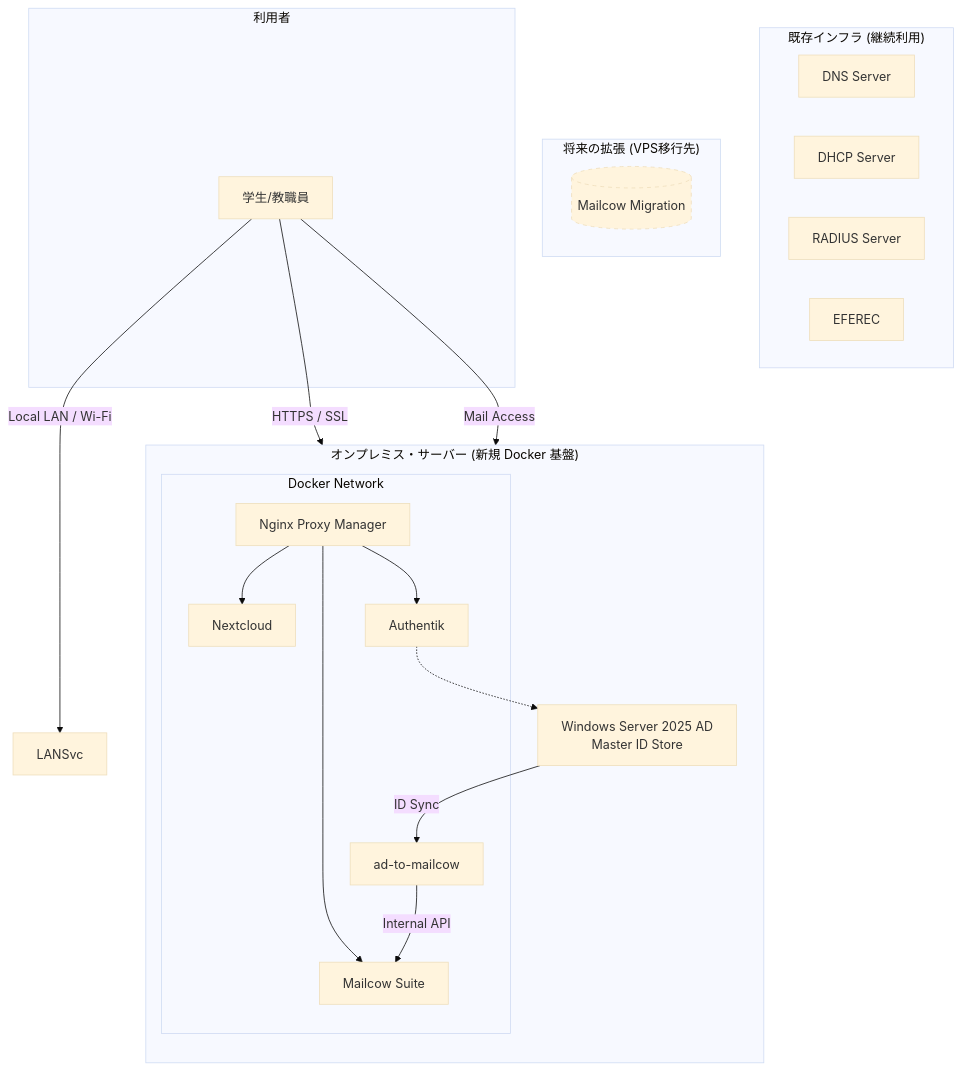
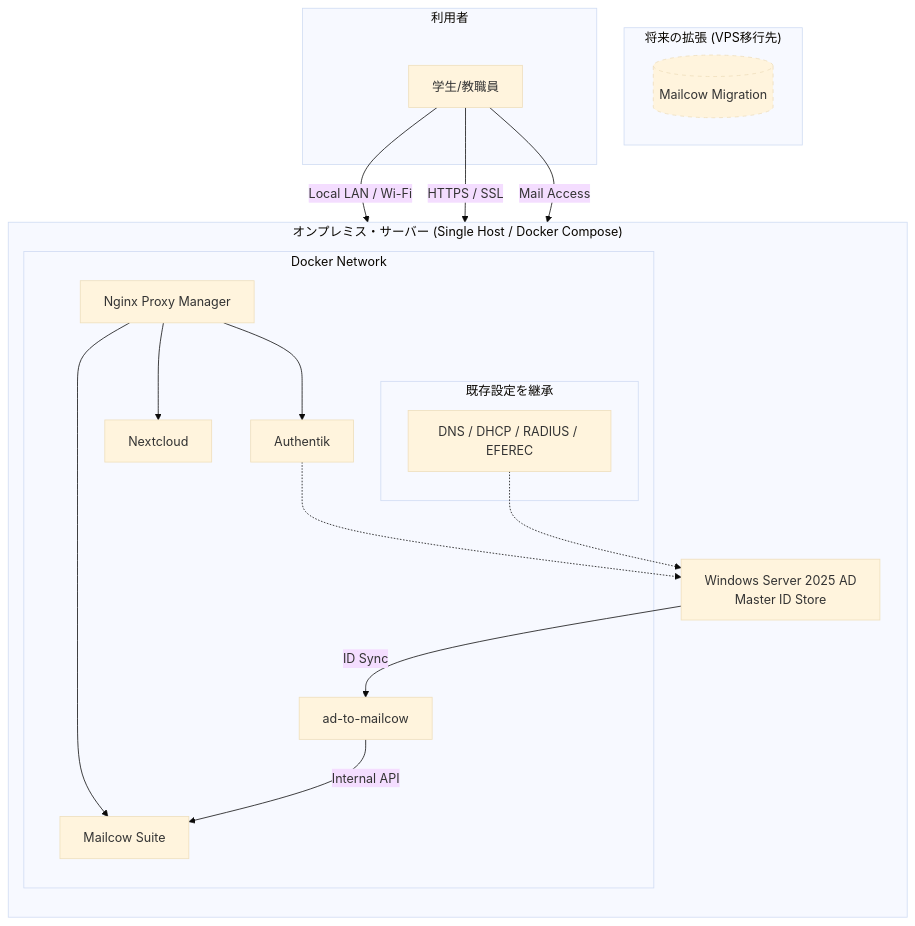
One commit to DA1735/math-infra changed the diagram in docs/CONCEPTUAL_DIAGRAM.md. Above: the diagram before and after it, drawn with Mermaid (base theme). The commit also changed 2 other files, not shown here.

Commit message:
docs: Update strategy to focus on containerizing existing services (reusing configs)

````diff
--- a/docs/CONCEPTUAL_DIAGRAM.md
+++ b/docs/CONCEPTUAL_DIAGRAM.md
@@ -7,42 +7,40 @@
 ```mermaid
 graph TD
-    subgraph "既存インフラ (継続利用)"
-        DNS[DNS Server]
-        DHCP[DHCP Server]
-        RAD[RADIUS Server]
-        EF[EFEREC]
-    end
-
-    subgraph "オンプレミス・サーバー (新規 Docker 基盤)"
+    subgraph "オンプレミス・サーバー (Single Host / Docker Compose)"
         direction TB
         AD[Windows Server 2025 AD<br/>Master ID Store]
         
         subgraph "Docker Network"
             NPM[Nginx Proxy Manager]
             Nextcloud[Nextcloud]
             Mailcow[Mailcow Suite]
             Auth[Authentik]
             Sync[ad-to-mailcow]
+            
+            subgraph "既存設定を継承"
+                Legacy_Net[DNS / DHCP / RADIUS / EFEREC]
+            end
         end
         
         NPM --> Nextcloud
         NPM --> Mailcow
         NPM --> Auth
         Auth -.-> AD
+        Legacy_Net -.-> AD
         Sync -- "Internal API" --> Mailcow
         AD -- "ID Sync" --> Sync
     end
 
     subgraph "将来の拡張 (VPS移行先)"
         VPS_Mail[(Mailcow Migration)]
         style VPS_Mail stroke-dasharray: 5 5
     end
 
     subgraph "利用者"
         User[学生/教職員]
     end
 
-    User -- "Local LAN / Wi-Fi" --> LANSvc
+    User -- "Local LAN / Wi-Fi" --> Legacy_Net
     User -- "HTTPS / SSL" --> NPM
     User -- "Mail Access" --> NPM
 ```
````
